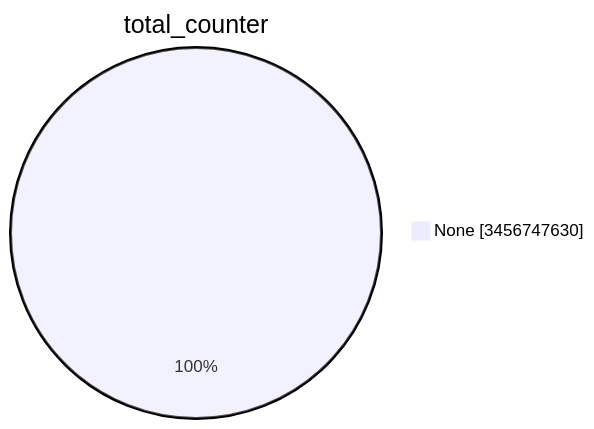
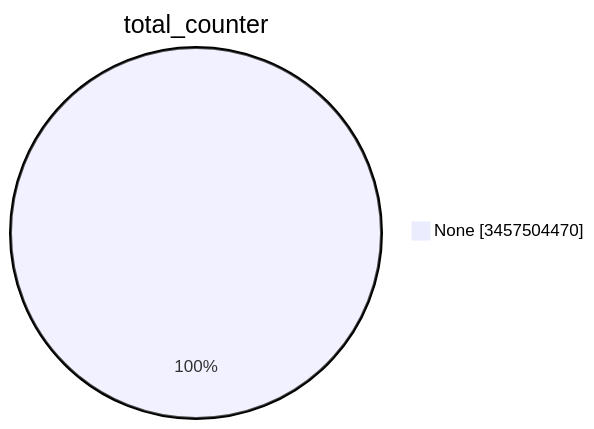
Before and after one commit to christiankrug/ctmonitor_visualization: the first of 15 diagrams in TOTAL/README.md, drawn with Mermaid. The commit also changed other lines of this file, not shown here.

````diff
--- a/TOTAL/README.md
+++ b/TOTAL/README.md
@@ -1,5 +1,5 @@
 ```mermaid
 pie showData
 title total_counter
-"None" :3456747630
+"None" :3457504470
 ```
````
